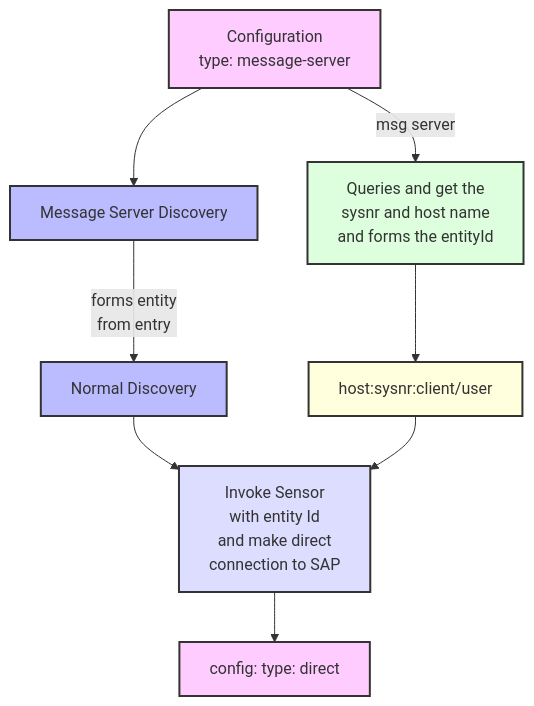
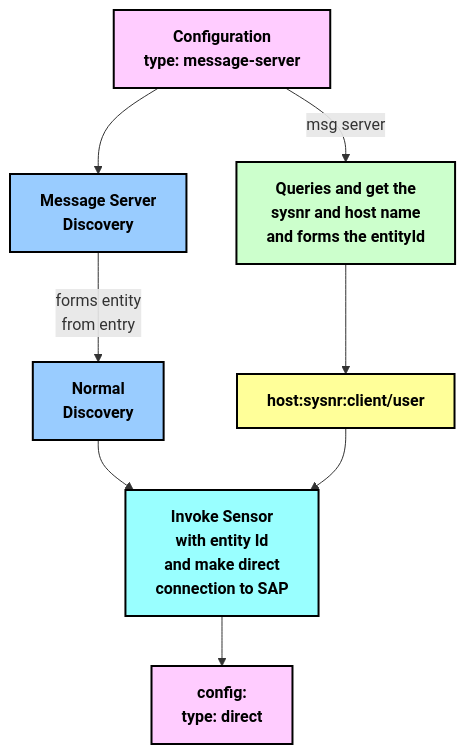
The diagram in test.md (chinmayi714/crud), drawn with Mermaid before and after one commit.

````diff
--- a/test.md
+++ b/test.md
@@ -3,30 +3,33 @@
 ```mermaid
 flowchart TD
-    config["Configuration\ntype: message-server"]
-    msgDiscovery["Message Server Discovery"]
-    normalDiscovery["Normal Discovery"]
-    queries["Queries and get the\nsysnr and host name\nand forms the entityId"]
+    config["Configuration<br/>type: message-server"]
+    msgDiscovery["Message Server<br/>Discovery"]
+    normalDiscovery["Normal<br/>Discovery"]
+    queries["Queries and get the<br/>sysnr and host name<br/>and forms the entityId"]
     entityId["host:sysnr:client/user"]
-    sensor["Invoke Sensor\nwith entity Id\nand make direct\nconnection to SAP"]
-    directConfig["config: type: direct"]
+    sensor["Invoke Sensor<br/>with entity Id<br/>and make direct<br/>connection to SAP"]
+    directConfig["config:<br/>type: direct"]
     
     config --> msgDiscovery
     config -->|msg server| queries
-    msgDiscovery -->|forms entity\nfrom entry| normalDiscovery
+    msgDiscovery -->|forms entity<br/>from entry| normalDiscovery
     queries --> entityId
     normalDiscovery --> sensor
     entityId --> sensor
     sensor --> directConfig
     
-    classDef pink fill:#ffccff,stroke:#333,stroke-width:2px
-    classDef blue fill:#bbbbff,stroke:#333,stroke-width:2px
-    classDef green fill:#ddffdd,stroke:#333,stroke-width:2px
-    classDef yellow fill:#ffffdd,stroke:#333,stroke-width:2px
-    classDef cyan fill:#ddddff,stroke:#333,stroke-width:2px
+    %% Custom styles for better visibility
+    classDef pink fill:#ffccff,stroke:#000000,stroke-width:2px,color:#000,font-weight:bold;
+    classDef blue fill:#99ccff,stroke:#000000,stroke-width:2px,color:#000,font-weight:bold;
+    classDef green fill:#ccffcc,stroke:#000000,stroke-width:2px,color:#000,font-weight:bold;
+    classDef yellow fill:#ffff99,stroke:#000000,stroke-width:2px,color:#000,font-weight:bold;
+    classDef cyan fill:#99ffff,stroke:#000000,stroke-width:2px,color:#000,font-weight:bold;
     
+    %% Assign classes
     class config,directConfig pink
     class msgDiscovery,normalDiscovery blue
     class queries green
     class entityId yellow
     class sensor cyan
+
 ```
````
